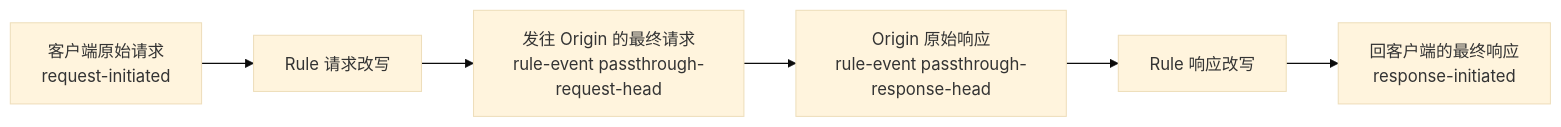
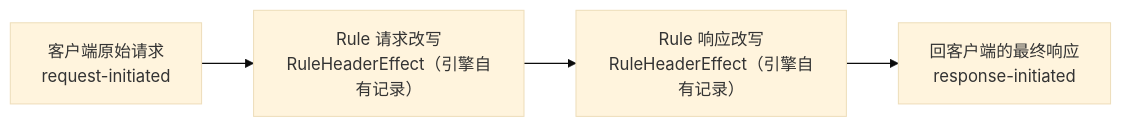
One commit to zhxmt-xm/Interceptor changed the fourth of 6 diagrams in architecture/feature-rules.md. Above: the diagram before and after it, drawn with Mermaid (base theme). The commit also changed other lines of this file and 12 other files, not shown here.

````diff
--- a/architecture/feature-rules.md
+++ b/architecture/feature-rules.md
@@ -295,8 +292,6 @@
 ```mermaid
 flowchart LR
-    A["客户端原始请求<br/>request-initiated"] --> B["Rule 请求改写"]
-    B --> C["发往 Origin 的最终请求<br/>rule-event passthrough-request-head"]
-    C --> D["Origin 原始响应<br/>rule-event passthrough-response-head"]
-    D --> E["Rule 响应改写"]
-    E --> F["回客户端的最终响应<br/>response-initiated"]
+    A["客户端原始请求<br/>request-initiated"] --> B["Rule 请求改写<br/>RuleHeaderEffect（引擎自有记录）"]
+    B --> C["Rule 响应改写<br/>RuleHeaderEffect（引擎自有记录）"]
+    C --> D["回客户端的最终响应<br/>response-initiated"]
 ```
````
